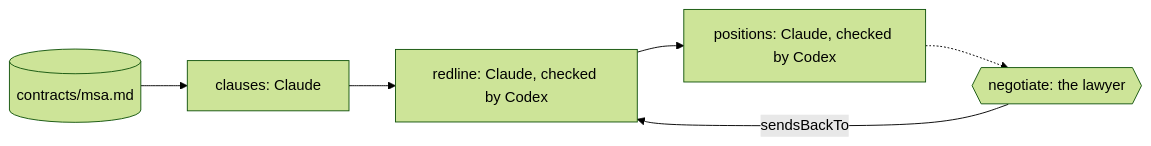
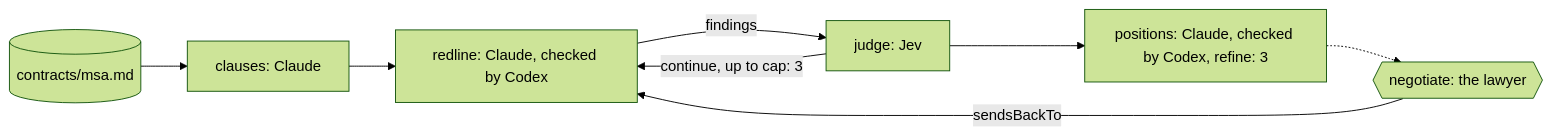
Before and after one commit to jonny981/obversa: the diagram in docs/public/workflows/contract-playbook.mdx, drawn with Mermaid (forest theme). The commit also changed other lines of this file and 147 other files, not shown here.

````diff
--- a/docs/public/workflows/contract-playbook.mdx
+++ b/docs/public/workflows/contract-playbook.mdx
@@ -286,8 +368,10 @@
 ```mermaid
 flowchart LR
   msa[("contracts/msa.md")] --> clauses["clauses: Claude"]
   clauses --> redline["redline: Claude, checked by Codex"]
-  redline --> positions["positions: Claude, checked by Codex"]
+  redline -->|findings| judge["judge: Jev"]
+  judge -->|"continue, up to cap: 3"| redline
+  judge --> positions["positions: Claude, checked by Codex, refine: 3"]
   positions -.-> negotiate{{"negotiate: the lawyer"}}
   negotiate -->|sendsBackTo| redline
 ```
````
